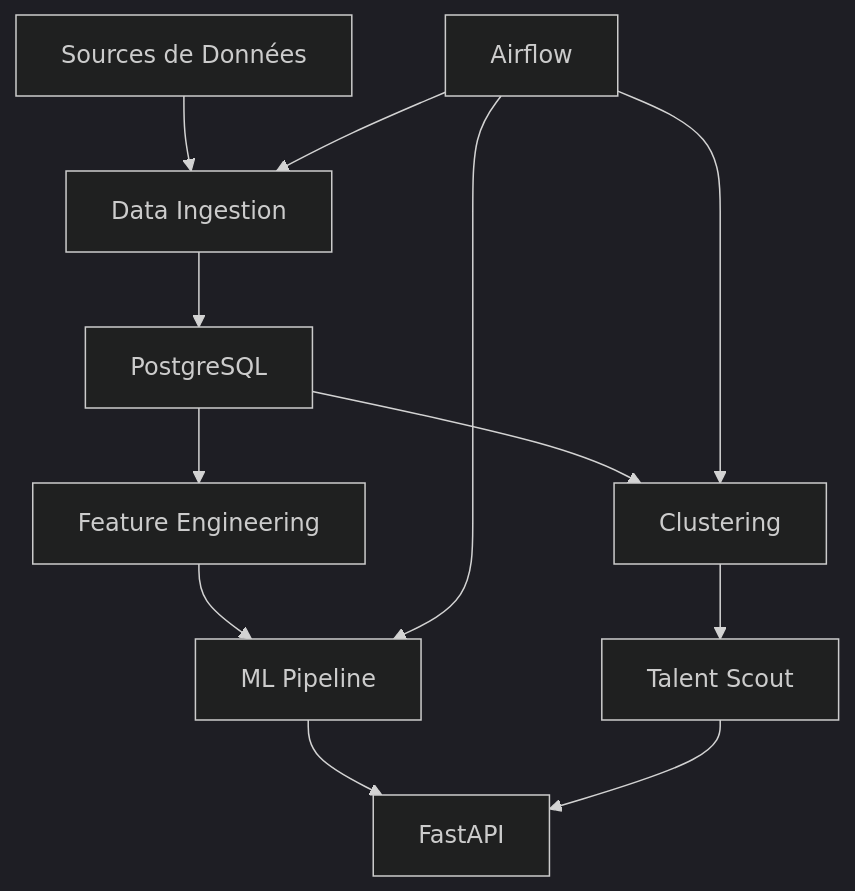
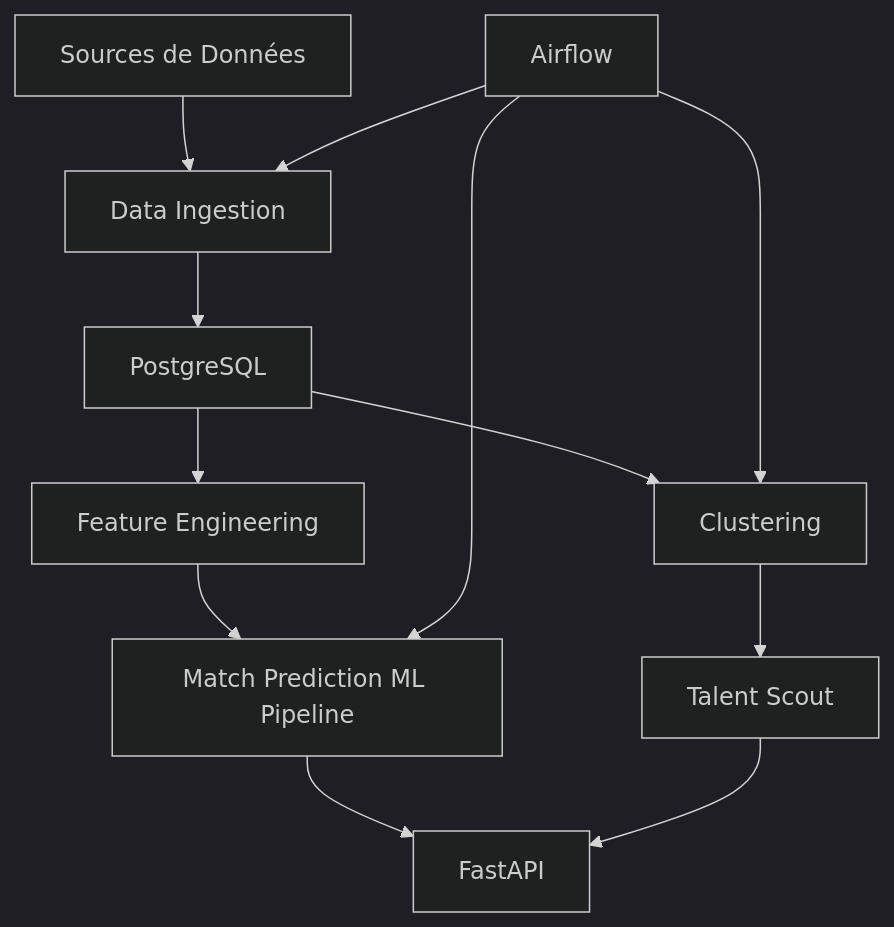
The second of 2 diagrams in README.md (sanogomamadou/FootStack-Project), drawn with Mermaid (dark theme) before and after one commit. The commit also changed other lines of this file, not shown here.

````diff
--- a/README.md
+++ b/README.md
@@ -86,14 +86,14 @@
 ```mermaid
 graph TB
     A[Sources de Données] --> B[Data Ingestion]
     B --> C[PostgreSQL]
     C --> D[Feature Engineering]
-    D --> E[ML Pipeline]
+    D --> E[Match Prediction ML Pipeline]
     E --> F[FastAPI]
     C --> G[Clustering]
     G --> H[Talent Scout]
     H --> F
     J[Airflow] --> B
     J --> E
     J --> G
 ```
````
